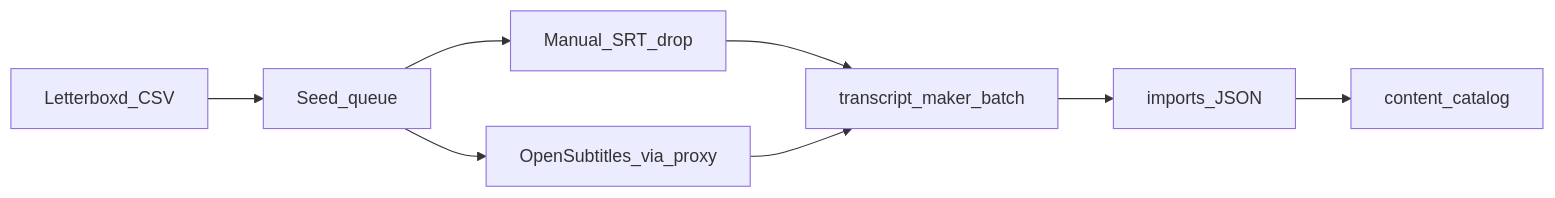
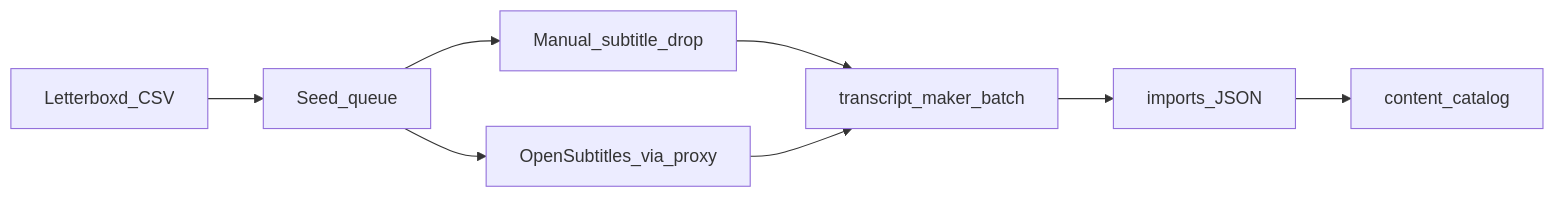
Before and after one commit to CLocs/textline-nextline: the diagram in docs/ROADMAP-content.md, drawn with Mermaid. The commit also changed other lines of this file and 31 other files, not shown here.

````diff
--- a/docs/ROADMAP-content.md
+++ b/docs/ROADMAP-content.md
@@ -13,10 +13,10 @@
 ```mermaid
 flowchart LR
   lb[Letterboxd_CSV] --> queue[Seed_queue]
-  queue --> srtManual[Manual_SRT_drop]
+  queue --> srtManual[Manual_subtitle_drop]
   queue --> os[OpenSubtitles_via_proxy]
   srtManual --> convert[transcript_maker_batch]
   os --> convert
   convert --> imports[imports_JSON]
   imports --> catalog[content_catalog]
 ```
````
